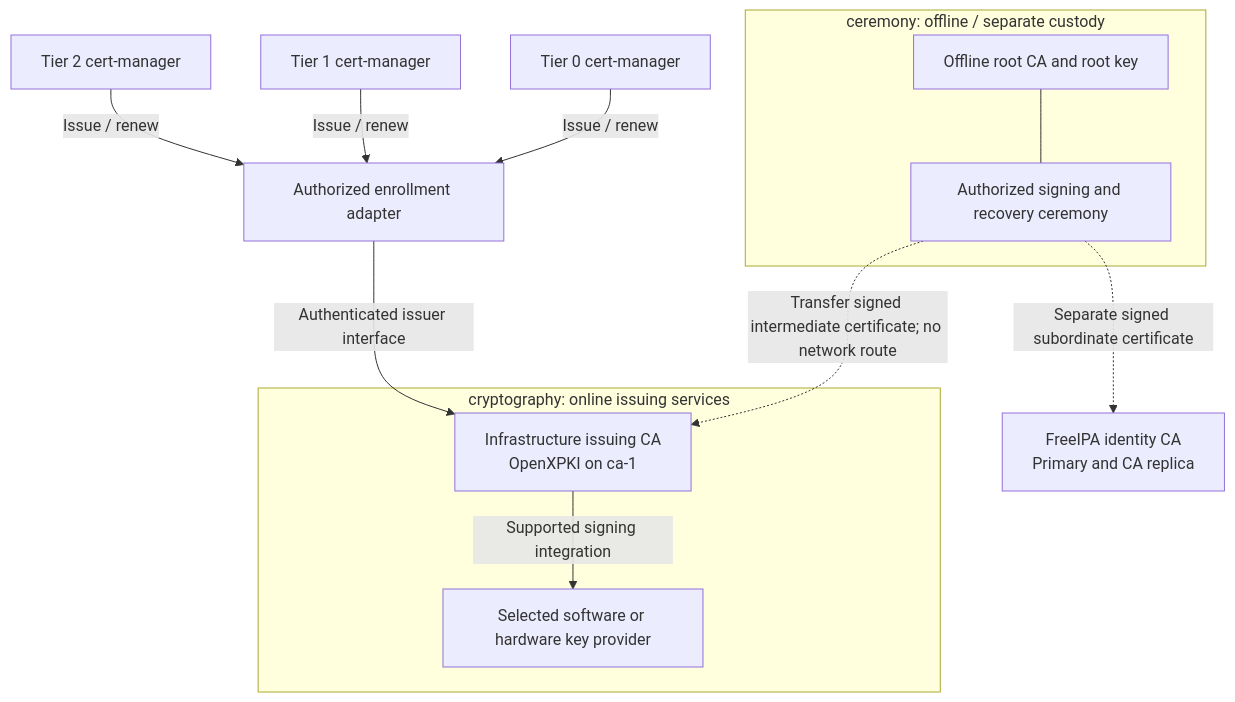
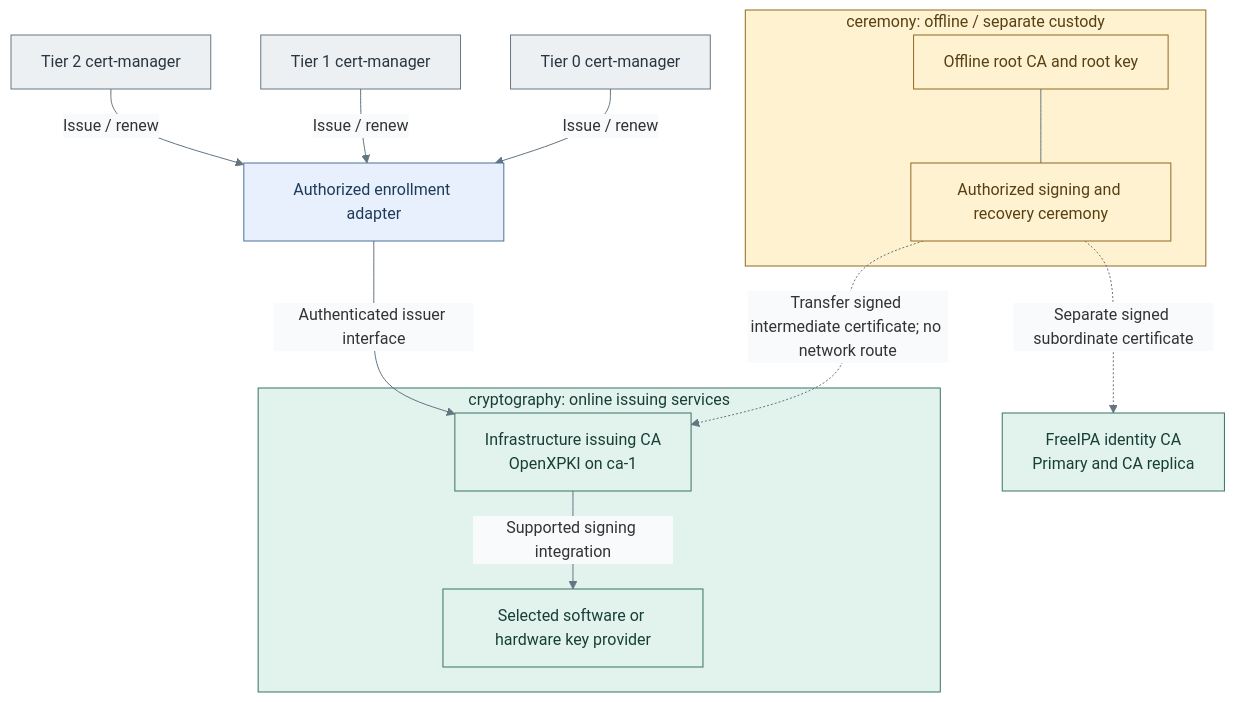
The second of 2 diagrams in docs/architecture/reference-platform.md (Rexus/homelab), drawn with Mermaid before and after one commit. The commit also changed other lines of this file and 49 other files, not shown here.

Commit message:
docs(diagrams): clarify tier layouts and visual styles

````diff
--- a/docs/architecture/reference-platform.md
+++ b/docs/architecture/reference-platform.md
@@ -152,19 +166,29 @@
 ```mermaid
+%%{init: {"theme":"base","themeVariables":{"lineColor":"#627581","edgeLabelBackground":"#f8fafc"}}}%%
 flowchart TB
   subgraph CER["ceremony: offline / separate custody"]
     Root["Offline root CA and root key"]
     Ops["Authorized signing and recovery ceremony"]
     Root --- Ops
   end
   subgraph CRYPTO["cryptography: online issuing services"]
     Issuer["Infrastructure issuing CA<br/>OpenXPKI on ca-1"]
     Provider["Selected software or hardware key provider"]
     Issuer -->|Supported signing integration| Provider
   end
   Ops -. "Transfer signed intermediate certificate; no network route" .-> Issuer
   Ops -. "Separate signed subordinate certificate" .-> IdentityCA["FreeIPA identity CA<br/>Primary and CA replica"]
   CM0["Tier 0 cert-manager"] -->|Issue / renew| Enrollment["Authorized enrollment adapter"]
   CM1["Tier 1 cert-manager"] -->|Issue / renew| Enrollment
   CM2["Tier 2 cert-manager"] -->|Issue / renew| Enrollment
   Enrollment -->|Authenticated issuer interface| Issuer
+  classDef default fill:#f8fafc,stroke:#64748b,color:#1f2937
+  classDef custody fill:#fff2d1,stroke:#926820,color:#584013
+  classDef control fill:#e2f3ed,stroke:#397366,color:#173f36
+  classDef services fill:#e7f0fc,stroke:#4d719b,color:#203a5b
+  classDef actor fill:#edf0f3,stroke:#697682,color:#293642
+  class CER,Root,Ops custody
+  class CRYPTO,Issuer,Provider,IdentityCA control
+  class Enrollment services
+  class CM0,CM1,CM2 actor
 ```
````
